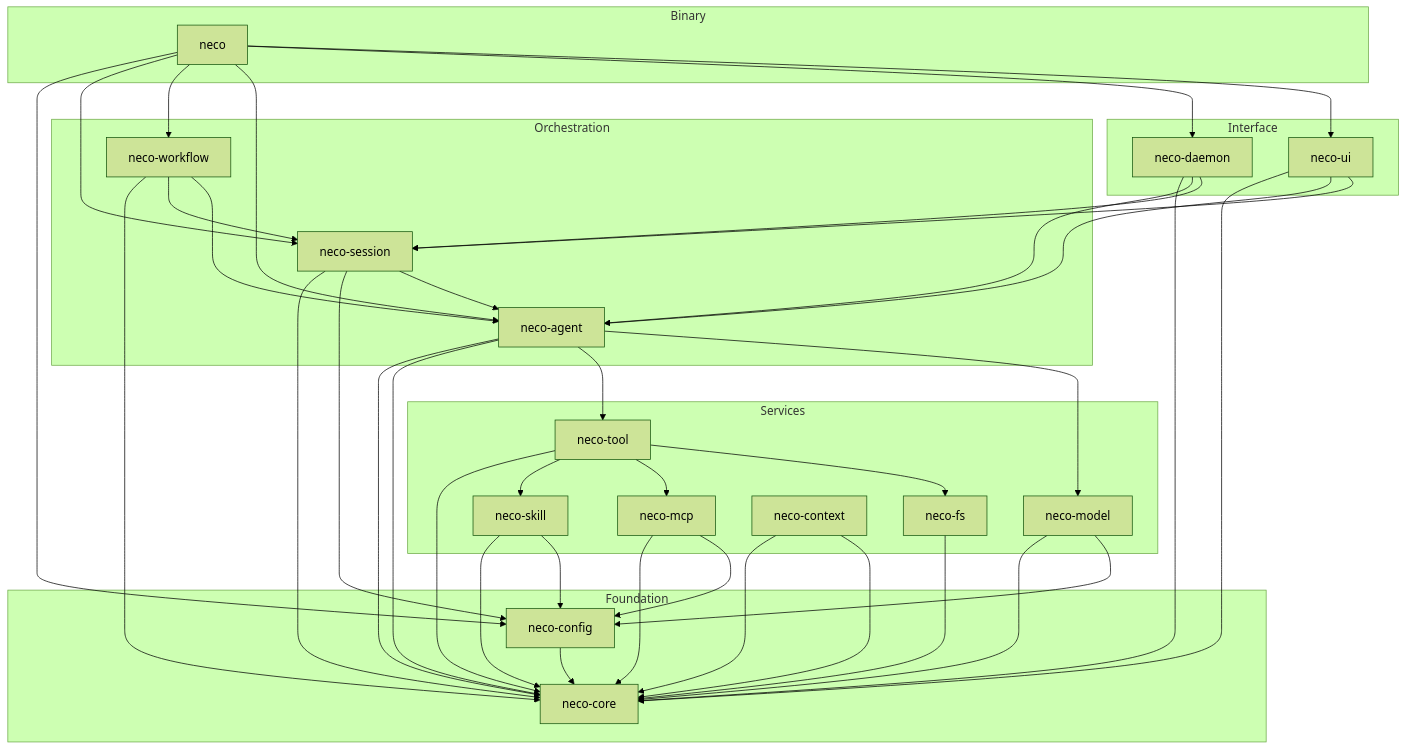
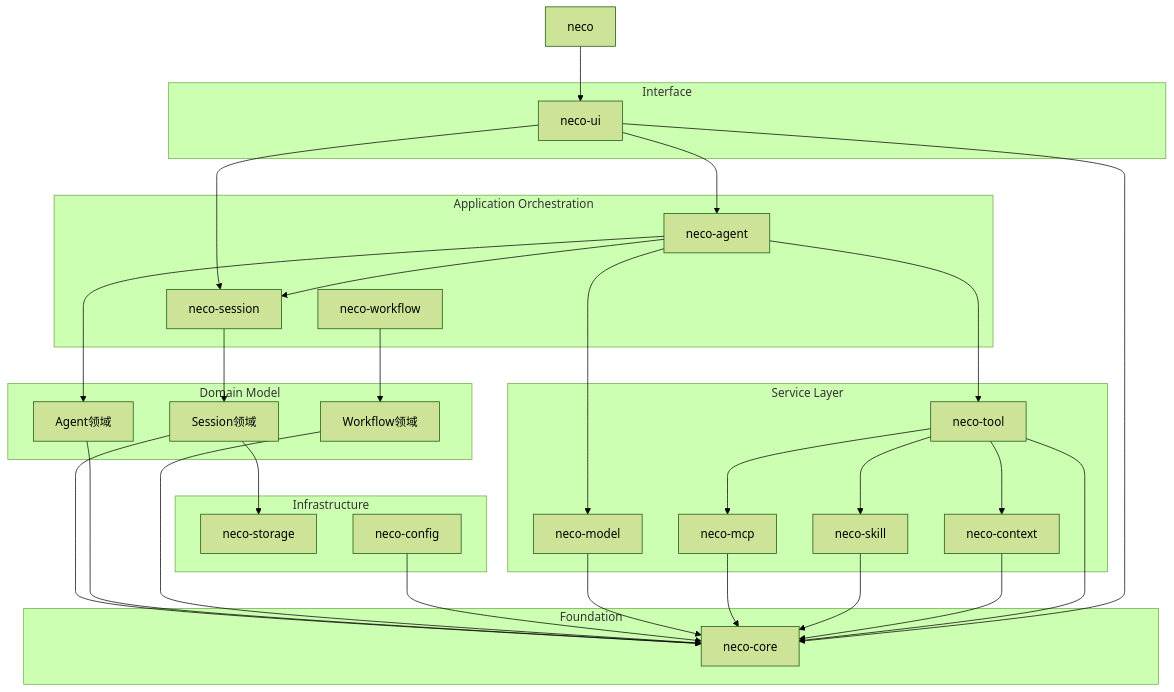
Before and after one commit to MiyakoMeow/neco: the fourth of 18 diagrams in progress/TECH.md, drawn with Mermaid (forest theme). The commit also changed other lines of this file and 11 other files, not shown here.

````diff
--- a/progress/TECH.md
+++ b/progress/TECH.md
@@ -143,77 +174,67 @@
 ```mermaid
 graph TD
     neco[neco]
     
-    subgraph "Binary"
-        neco
+    subgraph "Interface"
+        ui[neco-ui]
     end
     
-    subgraph "Interface"
-        ui[neco-ui]
-        daemon[neco-daemon]
-    end
-    
-    subgraph "Orchestration"
+    subgraph "Application Orchestration"
         agent[neco-agent]
         workflow[neco-workflow]
         session[neco-session]
     end
     
-    subgraph "Services"
+    subgraph "Domain Model"
+        session_domain[Session领域]
+        agent_domain[Agent领域]
+        workflow_domain[Workflow领域]
+    end
+    
+    subgraph "Service Layer"
         model[neco-model]
         mcp[neco-mcp]
         skill[neco-skill]
         context[neco-context]
         tool[neco-tool]
-        fs[neco-fs]
+    end
+    
+    subgraph "Infrastructure"
+        storage[neco-storage]
+        config[neco-config]
     end
     
     subgraph "Foundation"
-        config[neco-config]
         core[neco-core]
     end
     
     neco --> ui
-    neco --> daemon
-    neco --> agent
-    neco --> workflow
-    neco --> session
-    neco --> config
     
     ui --> session
     ui --> agent
-    daemon --> session
-    daemon --> agent
     
-    session --> agent
-    session --> config
-    
-    workflow --> agent
-    workflow --> session
+    session --> session_domain
+    workflow --> workflow_domain
+    agent --> agent_domain
     
     agent --> model
     agent --> tool
-    agent --> core
+    agent --> session
     
-    tool --> fs
     tool --> mcp
     tool --> skill
+    tool --> context
     
-    model --> config
-    mcp --> config
-    skill --> config
-    context --> core
+    session_domain --> storage
+    session_domain --> core
+    agent_domain --> core
+    workflow_domain --> core
     
     config --> core
     model --> core
     mcp --> core
     skill --> core
     context --> core
-    agent --> core
-    workflow --> core
-    session --> core
     tool --> core
-    fs --> core
     ui --> core
-    daemon --> core
 ```
````
